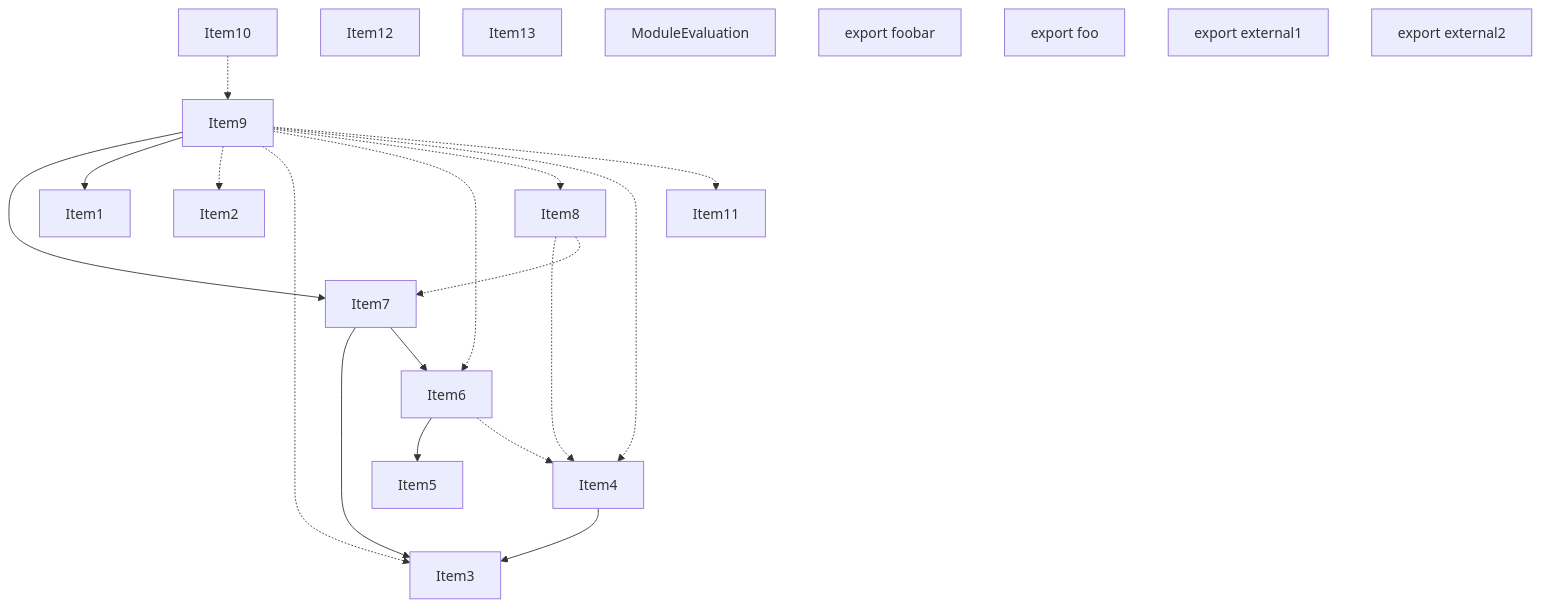
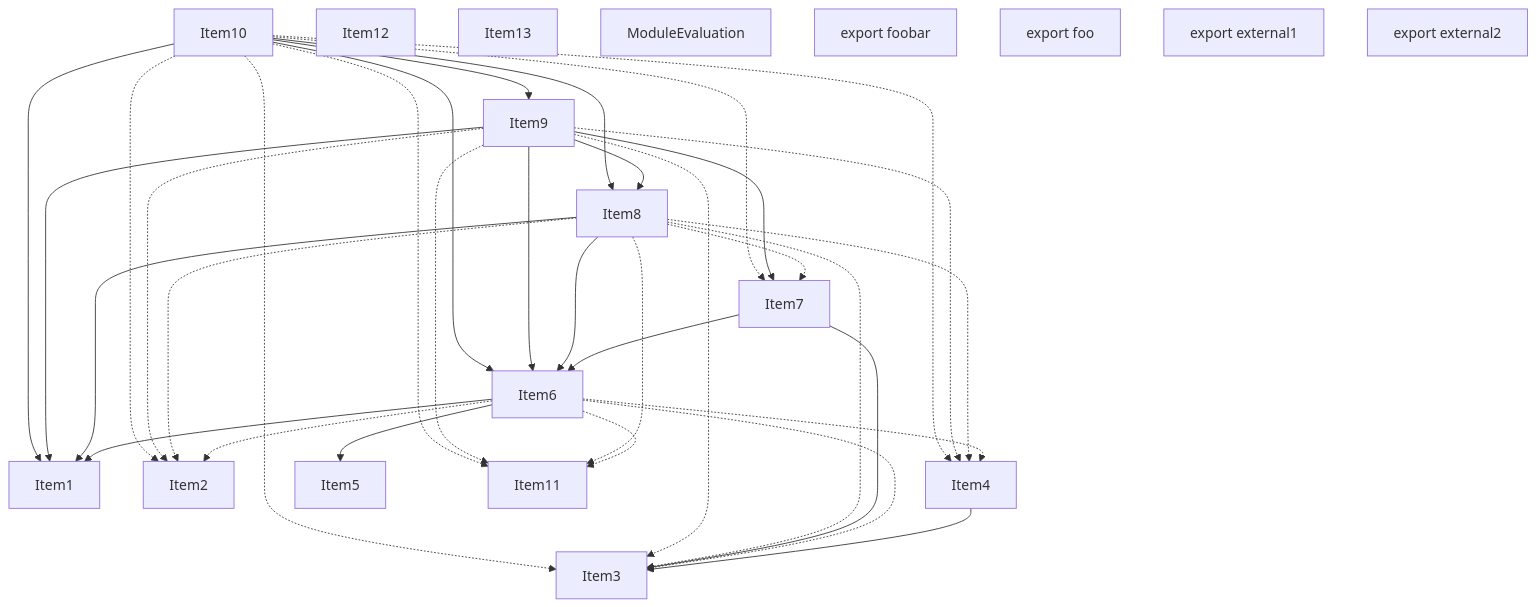
Before and after one commit to vercel/turborepo: the second of 5 diagrams in crates/turbopack-ecmascript/tests/tree-shaker/analyzer/1/output.md, drawn with Mermaid. The commit also changed other lines of this file and 3 other files, not shown here.

````diff
--- a/crates/turbopack-ecmascript/tests/tree-shaker/analyzer/1/output.md
+++ b/crates/turbopack-ecmascript/tests/tree-shaker/analyzer/1/output.md
@@ -175,42 +178,59 @@
 ```mermaid
 graph TD
     Item1;
     Item2;
     Item3;
     Item4;
     Item5;
     Item6;
     Item7;
     Item8;
     Item9;
     Item10;
     Item11;
     Item12;
     Item13;
     Item14;
     Item14["ModuleEvaluation"];
     Item15;
     Item15["export foobar"];
     Item16;
     Item16["export foo"];
     Item17;
     Item17["export external1"];
     Item18;
     Item18["export external2"];
     Item4 --> Item3;
     Item6 --> Item5;
     Item6 -.-> Item4;
+    Item6 --> Item1;
+    Item6 -.-> Item2;
+    Item6 -.-> Item3;
+    Item6 -.-> Item11;
     Item7 --> Item3;
     Item7 --> Item6;
     Item8 -.-> Item4;
     Item8 -.-> Item7;
+    Item8 --> Item1;
+    Item8 --> Item6;
+    Item8 -.-> Item2;
+    Item8 -.-> Item3;
+    Item8 -.-> Item11;
     Item9 --> Item7;
     Item9 --> Item1;
+    Item9 --> Item6;
+    Item9 --> Item8;
     Item9 -.-> Item2;
     Item9 -.-> Item3;
-    Item9 -.-> Item6;
-    Item9 -.-> Item8;
     Item9 -.-> Item4;
     Item9 -.-> Item11;
-    Item10 -.-> Item9;
+    Item10 --> Item9;
+    Item10 --> Item1;
+    Item10 --> Item6;
+    Item10 --> Item8;
+    Item10 -.-> Item2;
+    Item10 -.-> Item3;
+    Item10 -.-> Item4;
+    Item10 -.-> Item7;
+    Item10 -.-> Item11;
 ```
````
